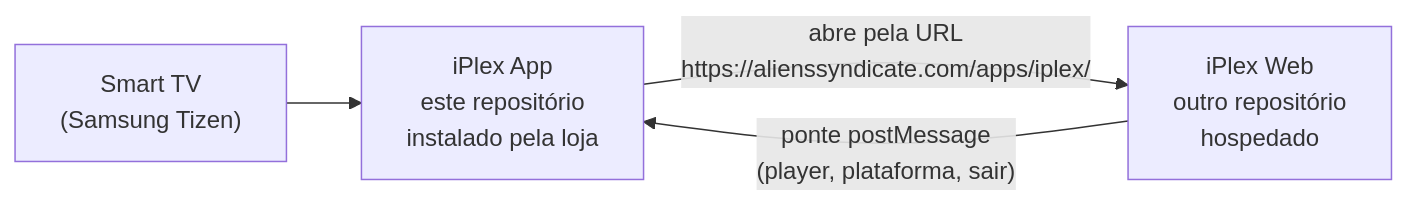
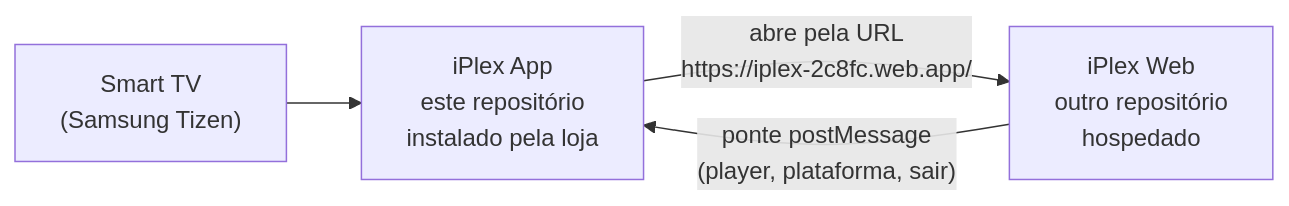
The first of 2 diagrams in docs/MAPA-DE-TELAS.md (AliensSyndicate/aliens-syndicate-iplex-app), drawn with Mermaid before and after one commit. The commit also changed other lines of this file and 39 other files, not shown here.

First line of the commit message:
feat: auditoria TV/Web e Hosting iplex-2c8fc validado na TV

````diff
--- a/docs/MAPA-DE-TELAS.md
+++ b/docs/MAPA-DE-TELAS.md
@@ -9,6 +9,6 @@
 ```mermaid
 flowchart LR
     TV["Smart TV<br/>(Samsung Tizen)"] --> APP["iPlex App<br/>este repositório<br/>instalado pela loja"]
-    APP -- "abre pela URL<br/>https://alienssyndicate.com/apps/iplex/" --> WEB["iPlex Web<br/>outro repositório<br/>hospedado"]
+    APP -- "abre pela URL<br/>https://iplex-2c8fc.web.app/" --> WEB["iPlex Web<br/>outro repositório<br/>hospedado"]
     WEB -- "ponte postMessage<br/>(player, plataforma, sair)" --> APP
 ```
````
